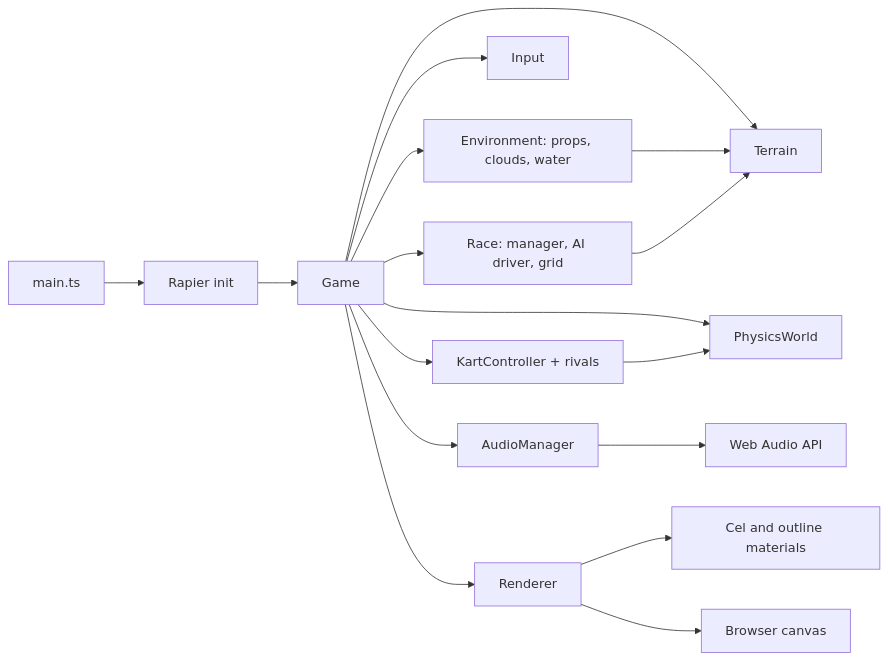
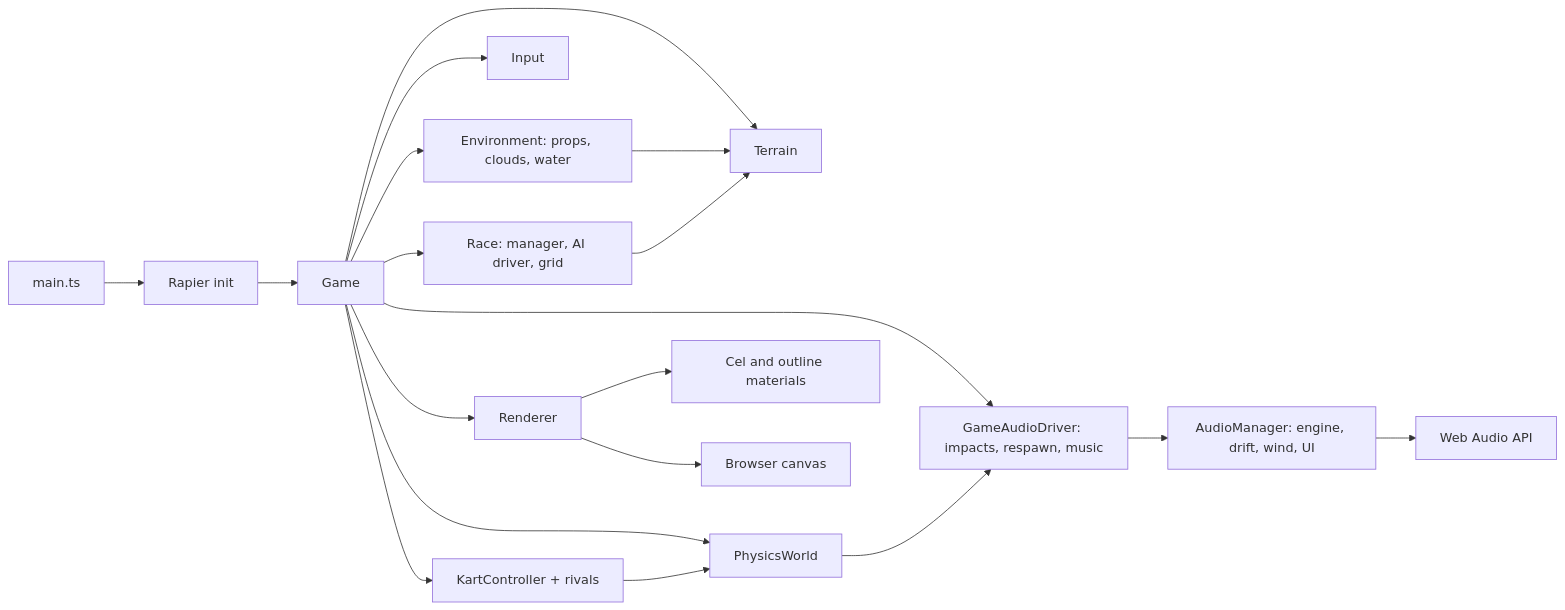
Before and after one commit to jjgroenendijk/cart-game: the diagram in AGENTS.md, drawn with Mermaid. The commit also changed 25 other files, not shown here.

````diff
--- a/AGENTS.md
+++ b/AGENTS.md
@@ -23,19 +23,21 @@
 ```mermaid
 flowchart LR
   main[main.ts] --> rapier[Rapier init]
   rapier --> game[Game]
   game --> terrain[Terrain]
   game --> env[Environment: props, clouds, water]
   env --> terrain
   game --> input[Input]
   game --> physics[PhysicsWorld]
   game --> kart[KartController + rivals]
   kart --> physics
   game --> race[Race: manager, AI driver, grid]
   race --> terrain
-  game --> audio[AudioManager]
+  game --> gameAudio[GameAudioDriver: impacts, respawn, music]
+  physics --> gameAudio
+  gameAudio --> audio[AudioManager: engine, drift, wind, UI]
   audio --> webaudio[Web Audio API]
   game --> renderer[Renderer]
   renderer --> materials[Cel and outline materials]
   renderer --> canvas[Browser canvas]
 ```
````
